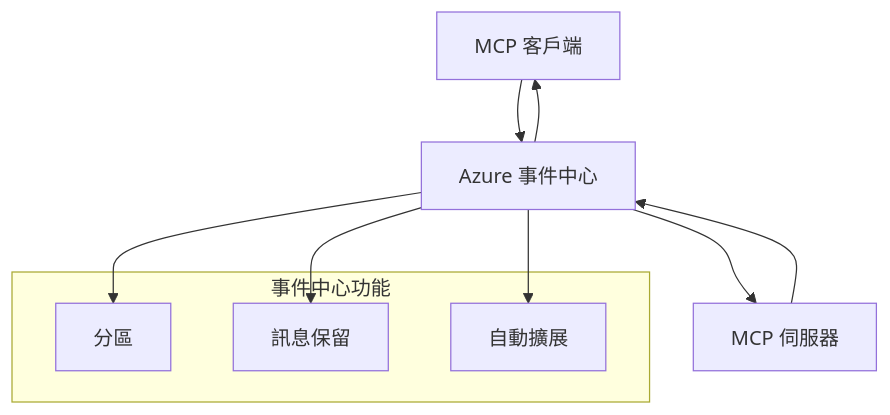
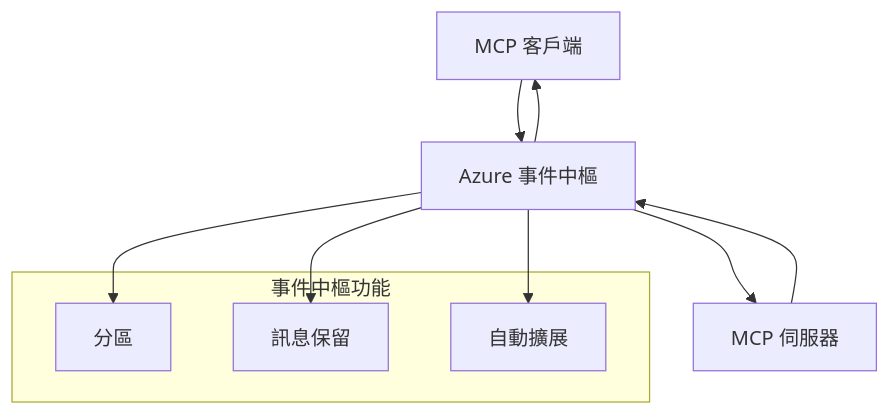
The second of 2 diagrams in mcp_ecosystem__model_context_protocol/mcp_learning_resources/mcp-for-beginners/translations/zh-MO/05-AdvancedTopics/mcp-transport/README.md (HIDORAKAI002/ai-workspace-archive), drawn with Mermaid before and after one commit. The commit also changed other lines of this file and 1539 other files, not shown here.

````diff
--- a/mcp_ecosystem__model_context_protocol/mcp_learning_resources/mcp-for-beginners/translations/zh-MO/05-AdvancedTopics/mcp-transport/README.md
+++ b/mcp_ecosystem__model_context_protocol/mcp_learning_resources/mcp-for-beginners/translations/zh-MO/05-AdvancedTopics/mcp-transport/README.md
@@ -269,17 +270,17 @@
 ```mermaid
 graph TB
-    Client[MCP 客戶端] --> EH[Azure 事件中心]
+    Client[MCP 客戶端] --> EH[Azure 事件中樞]
     EH --> Server[MCP 伺服器]
     Server --> EH
     EH --> Client
     
-    subgraph "事件中心功能"
+    subgraph "事件中樞功能"
         Partition[分區]
         Retention[訊息保留]
         Scaling[自動擴展]
     end
     
     EH --> Partition
     EH --> Retention
     EH --> Scaling
 ```
````
